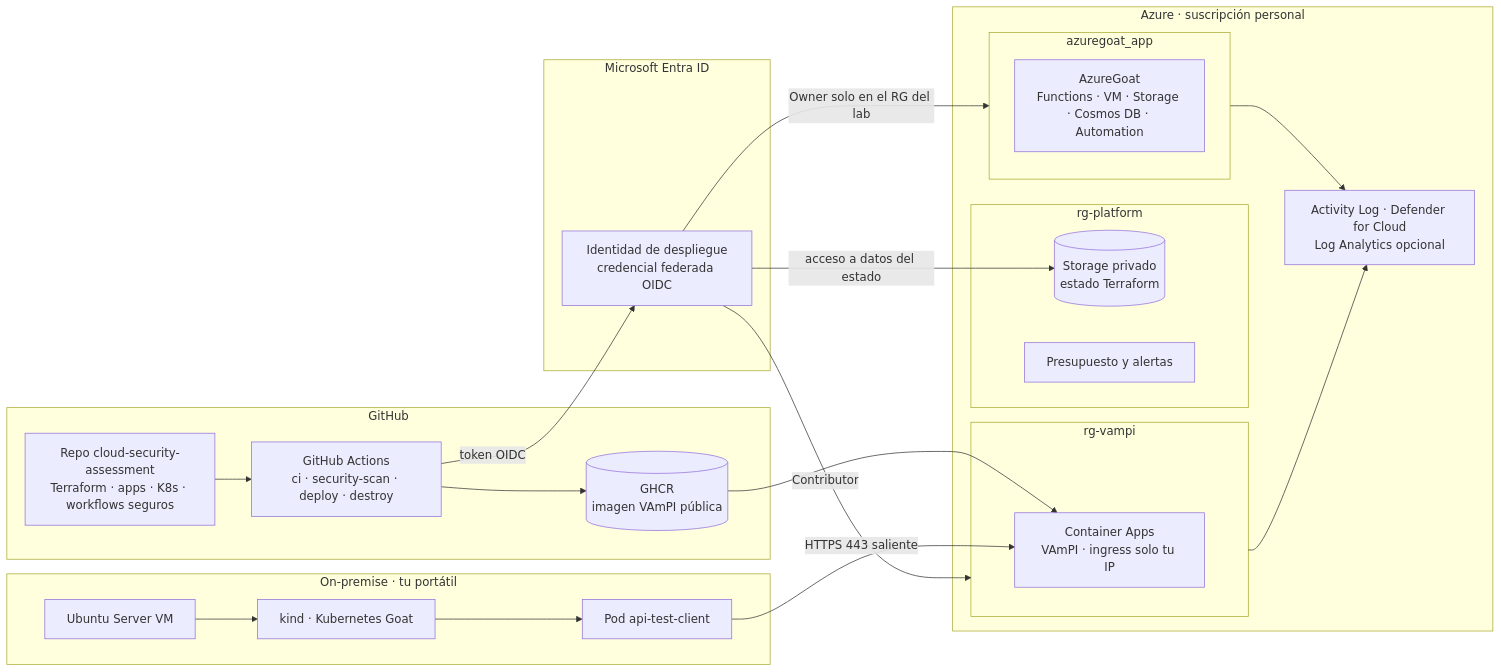
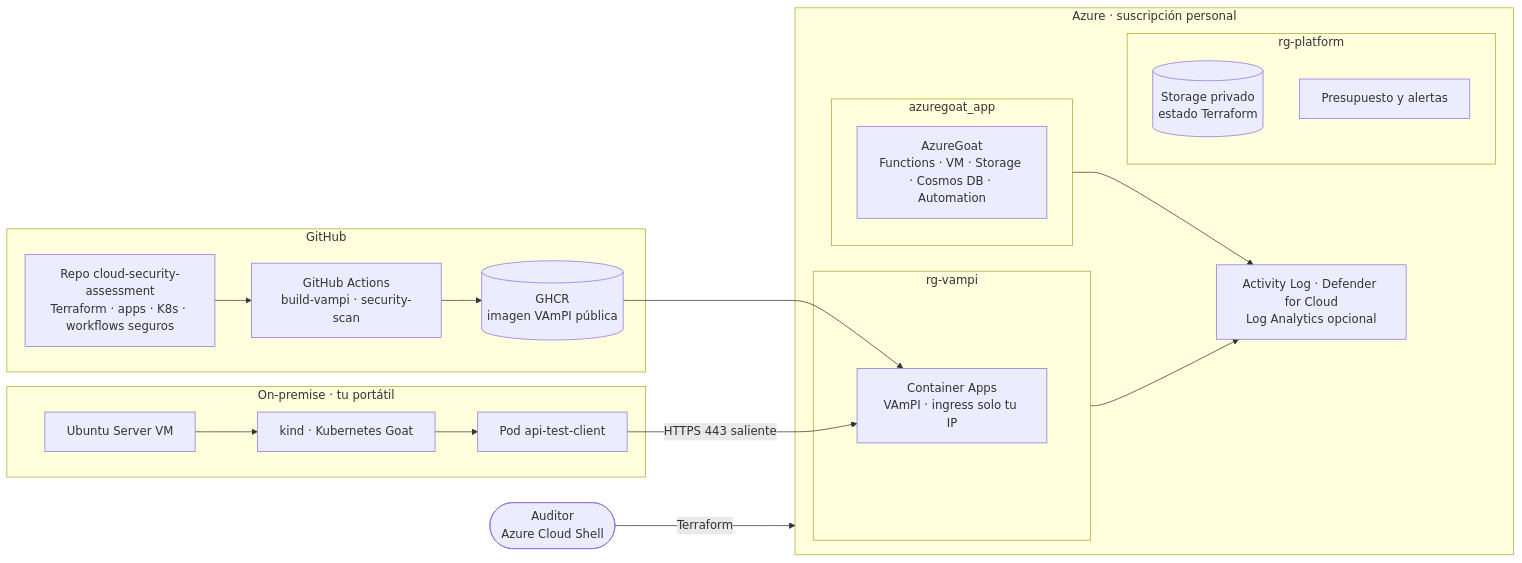
The diagram in README.md (Pentesting-Nublopost-onprem/cloud-security-assessment), drawn with Mermaid before and after one commit. The commit also changed other lines of this file and 4 other files, not shown here.

First line of the commit message:
docs: arquitectura, red y alcance sin despliegue desde GitHub

````diff
--- a/README.md
+++ b/README.md
@@ -34,44 +34,39 @@
 ```mermaid
 flowchart LR
   subgraph GH["GitHub"]
     R1["Repo cloud-security-assessment<br/>Terraform · apps · K8s · workflows seguros"]
-    GA["GitHub Actions<br/>ci · security-scan · deploy · destroy"]
+    GA["GitHub Actions<br/>build-vampi · security-scan"]
     GHCR[("GHCR<br/>imagen VAmPI pública")]
     R1 --> GA
     GA --> GHCR
   end
 
-  subgraph ENTRA["Microsoft Entra ID"]
-    OIDC["Identidad de despliegue<br/>credencial federada OIDC"]
-  end
+  OP(["Auditor<br/>Azure Cloud Shell"])
 
   subgraph AZ["Azure · suscripción personal"]
     subgraph PLAT["rg-platform"]
       ST[("Storage privado<br/>estado Terraform")]
       BUD["Presupuesto y alertas"]
     end
     subgraph LAB["azuregoat_app"]
       AG["AzureGoat<br/>Functions · VM · Storage · Cosmos DB · Automation"]
     end
     subgraph APIRG["rg-vampi"]
       ACA["Container Apps<br/>VAmPI · ingress solo tu IP"]
     end
     MON["Activity Log · Defender for Cloud<br/>Log Analytics opcional"]
   end
 
   subgraph ONP["On-premise · tu portátil"]
     VM["Ubuntu Server VM"]
     KIND["kind · Kubernetes Goat"]
     CLI["Pod api-test-client"]
     VM --> KIND --> CLI
   end
 
-  GA -- "token OIDC" --> OIDC
-  OIDC -- "Owner solo en el RG del lab" --> LAB
-  OIDC -- "Contributor" --> APIRG
-  OIDC -- "acceso a datos del estado" --> ST
+  OP -- "Terraform" --> AZ
   GHCR --> ACA
   CLI -- "HTTPS 443 saliente" --> ACA
   LAB --> MON
   APIRG --> MON
 ```
````
